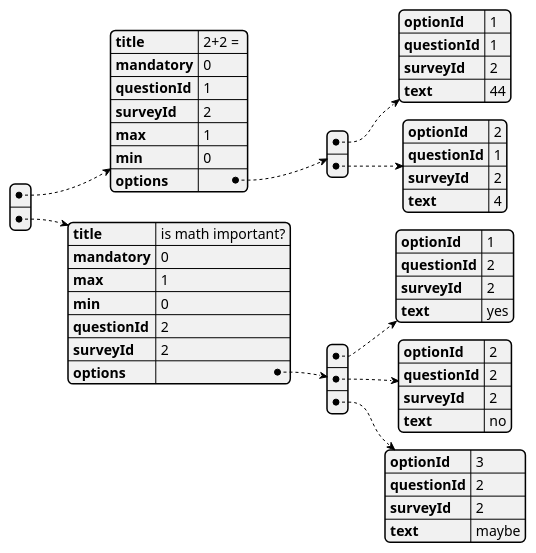
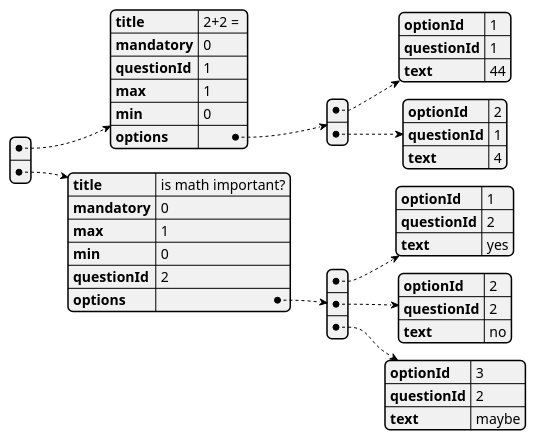
The second of 6 diagrams in README.md (MattiaRiola/WA1_exam_survey), drawn with PlantUML before and after one commit. The commit also changed other lines of this file and 1 other file, not shown here.

Commit message:
fix: change questions vector (delete in each question surveyId)

````diff
--- a/README.md
+++ b/README.md
@@ -52,5 +52,5 @@
 ```plantuml
 @startjson
-[{"title":"2+2 = ","mandatory":0,"questionId":1,"surveyId":2,"max":1,"min":0,"options":[{"optionId":1,"questionId":1,"surveyId":2,"text":"44"},{"optionId":2,"questionId":1,"surveyId":2,"text":"4"}]},{"title":"is math important?","mandatory":0,"max":1,"min":0,"questionId":2,"surveyId":2,"options":[{"optionId":1,"questionId":2,"surveyId":2,"text":"yes"},{"optionId":2,"questionId":2,"surveyId":2,"text":"no"},{"optionId":3,"questionId":2,"surveyId":2,"text":"maybe"}]}]
+[{"title":"2+2 = ","mandatory":0,"questionId":1, "max":1,"min":0,"options":[{"optionId":1,"questionId":1, "text":"44"},{"optionId":2,"questionId":1, "text":"4"}]},{"title":"is math important?","mandatory":0,"max":1,"min":0,"questionId":2, "options":[{"optionId":1,"questionId":2, "text":"yes"},{"optionId":2,"questionId":2, "text":"no"},{"optionId":3,"questionId":2, "text":"maybe"}]}]
 @endjson
 ```
````
